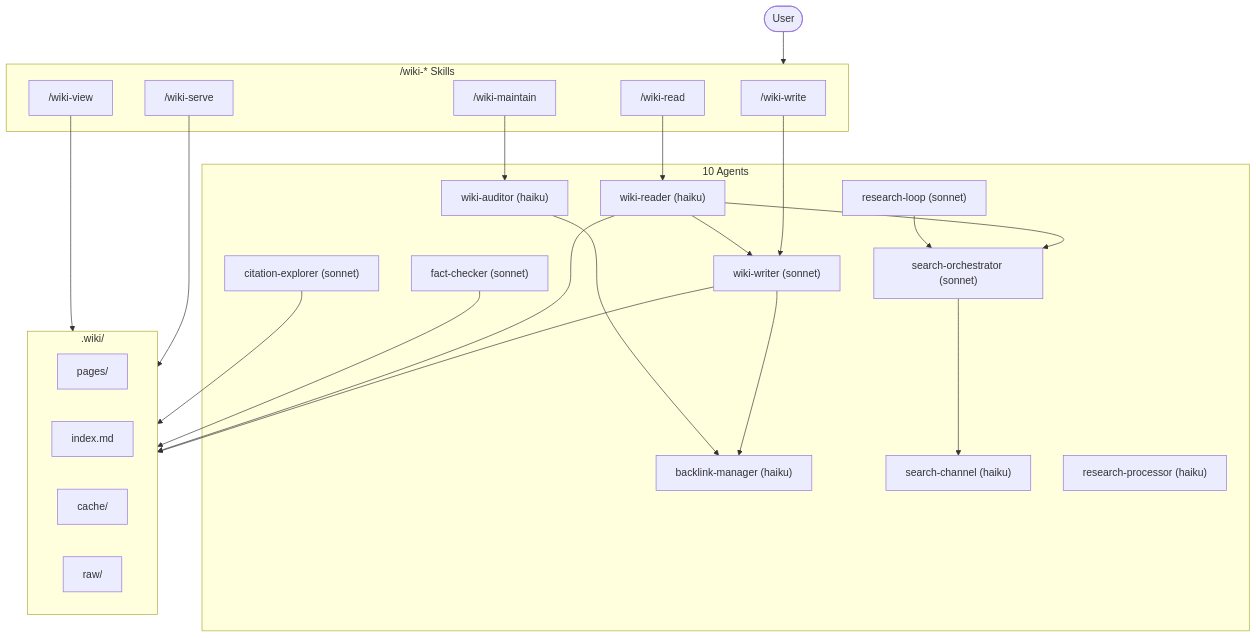
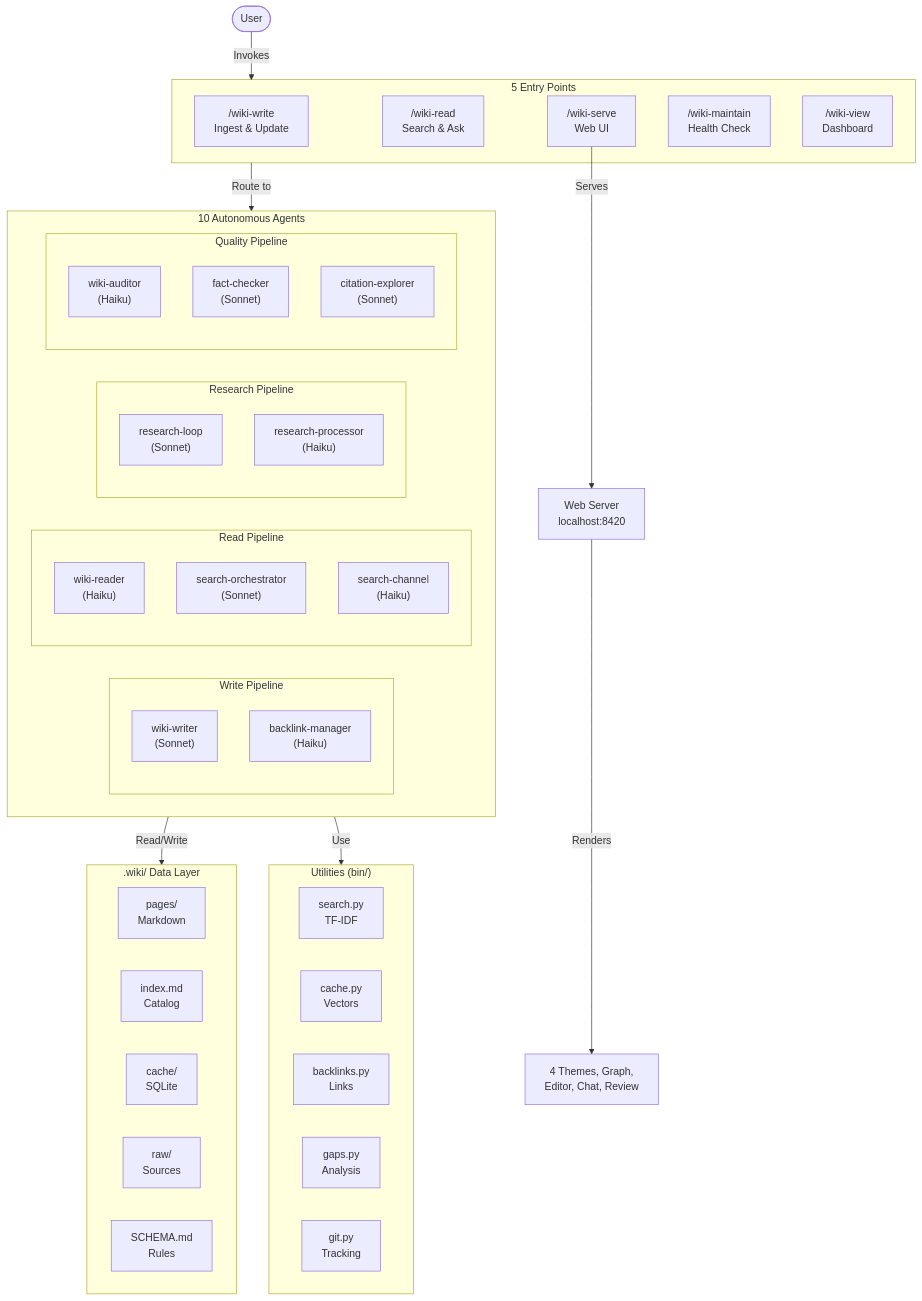
Before and after one commit to Oshayr/LLM-Wiki: the third of 6 diagrams in README.md, drawn with Mermaid. The commit also changed other lines of this file and 1 other file, not shown here.

````diff
--- a/README.md
+++ b/README.md
@@ -161,44 +245,60 @@
 ```mermaid
 flowchart TD
-    User([User]) --> Skills
+    User([User]) -->|Invokes| Skills
     
-    subgraph Skills["/wiki-* Skills"]
-        W["/wiki-write"]
-        R["/wiki-read"]
-        S["/wiki-serve"]
-        M["/wiki-maintain"]
-        V["/wiki-view"]
+    subgraph Skills["5 Entry Points"]
+        W["/wiki-write<br/>Ingest & Update"]
+        R["/wiki-read<br/>Search & Ask"]
+        S["/wiki-serve<br/>Web UI"]
+        M["/wiki-maintain<br/>Health Check"]
+        V["/wiki-view<br/>Dashboard"]
     end
     
-    subgraph Agents["10 Agents"]
-        WW["wiki-writer (sonnet)"]
-        WR["wiki-reader (haiku)"]
-        WA["wiki-auditor (haiku)"]
-        BM["backlink-manager (haiku)"]
-        SO["search-orchestrator (sonnet)"]
-        SC["search-channel (haiku)"]
-        RL["research-loop (sonnet)"]
-        RP["research-processor (haiku)"]
-        FC["fact-checker (sonnet)"]
-        CE["citation-explorer (sonnet)"]
+    Skills -->|Route to| Agents
+    
+    subgraph Agents["10 Autonomous Agents"]
+        subgraph write["Write Pipeline"]
+            WW["wiki-writer<br/>(Sonnet)"]
+            BM["backlink-manager<br/>(Haiku)"]
+        end
+        
+        subgraph read["Read Pipeline"]
+            WR["wiki-reader<br/>(Haiku)"]
+            SO["search-orchestrator<br/>(Sonnet)"]
+            SC["search-channel<br/>(Haiku)"]
+        end
+        
+        subgraph research["Research Pipeline"]
+            RL["research-loop<br/>(Sonnet)"]
+            RP["research-processor<br/>(Haiku)"]
+        end
+        
+        subgraph quality["Quality Pipeline"]
+            WA["wiki-auditor<br/>(Haiku)"]
+            FC["fact-checker<br/>(Sonnet)"]
+            CE["citation-explorer<br/>(Sonnet)"]
+        end
     end
     
-    subgraph Data[".wiki/"]
-        P["pages/"]
-        I["index.md"]
-        C["cache/"]
-        RW["raw/"]
+    Agents -->|Read/Write| Data
+    Agents -->|Use| Bin
+    
+    subgraph Bin["Utilities (bin/)"]
+        Search["search.py<br/>TF-IDF"]
+        Cache["cache.py<br/>Vectors"]
+        BL["backlinks.py<br/>Links"]
+        Gap["gaps.py<br/>Analysis"]
+        Git["git.py<br/>Tracking"]
     end
     
-    W --> WW --> BM
-    R --> WR --> WW
-    WR --> SO --> SC
-    M --> WA --> BM
-    S --> Data
-    V --> Data
-    WW --> Data
-    WR --> Data
-    RL --> SO
-    FC --> Data
-    CE --> Data
+    subgraph Data[".wiki/ Data Layer"]
+        Pages["pages/<br/>Markdown"]
+        Index["index.md<br/>Catalog"]
+        Cache2["cache/<br/>SQLite"]
+        Raw["raw/<br/>Sources"]
+        Schema["SCHEMA.md<br/>Rules"]
+    end
+    
+    S -->|Serves| UI["Web Server<br/>localhost:8420"]
+    UI -->|Renders| UIFeatures["4 Themes, Graph,<br/>Editor, Chat, Review"]
 ```
````
